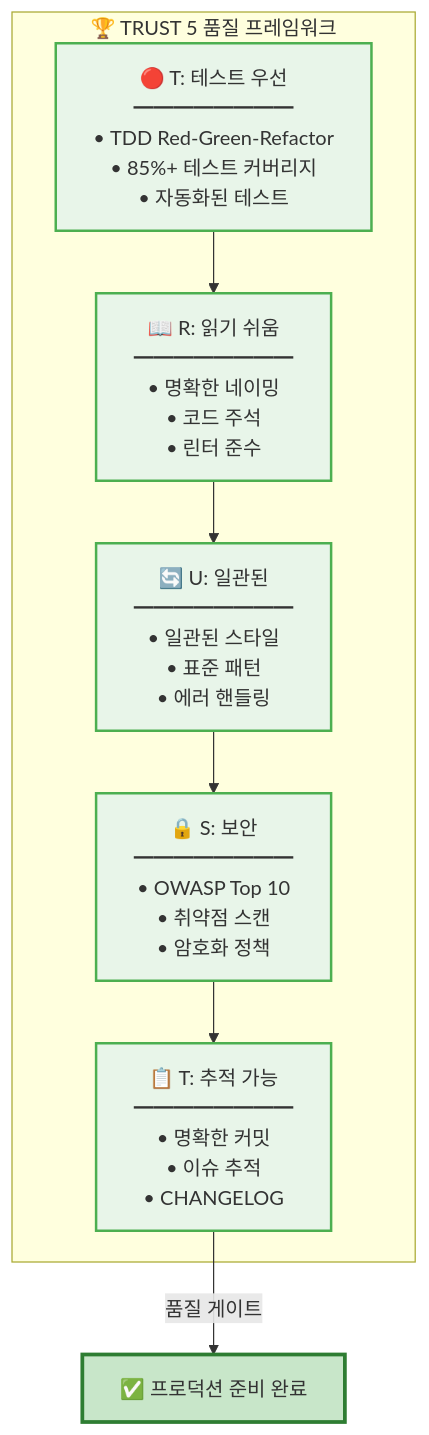
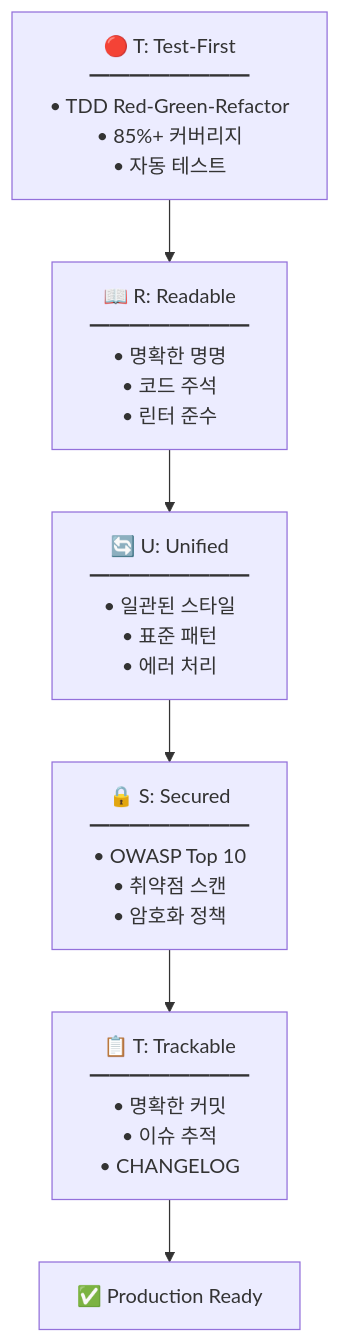
One commit to modu-ai/moai-adk changed the diagram in README.ko.md. Above: the diagram before and after it, drawn with Mermaid. The commit also changed other lines of this file and 57 other files, not shown here.

````diff
--- a/README.ko.md
+++ b/README.ko.md
@@ -2254,22 +659,10 @@
 ```mermaid
 graph TD
-    subgraph TRUST5["🏆 TRUST 5 품질 프레임워크"]
-        T1["🔴 T: 테스트 우선<br/>━━━━━━━━<br/>• TDD Red-Green-Refactor<br/>• 85%+ 테스트 커버리지<br/>• 자동화된 테스트"]
-        R["📖 R: 읽기 쉬움<br/>━━━━━━━━<br/>• 명확한 네이밍<br/>• 코드 주석<br/>• 린터 준수"]
-        U["🔄 U: 일관된<br/>━━━━━━━━<br/>• 일관된 스타일<br/>• 표준 패턴<br/>• 에러 핸들링"]
-        S["🔒 S: 보안<br/>━━━━━━━━<br/>• OWASP Top 10<br/>• 취약점 스캔<br/>• 암호화 정책"]
-        T2["📋 T: 추적 가능<br/>━━━━━━━━<br/>• 명확한 커밋<br/>• 이슈 추적<br/>• CHANGELOG"]
-    end
+    T1["🔴 T: Test-First<br/>━━━━━━━━<br/>• TDD Red-Green-Refactor<br/>• 85%+ 커버리지<br/>• 자동 테스트"]
+    R["📖 R: Readable<br/>━━━━━━━━<br/>• 명확한 명명<br/>• 코드 주석<br/>• 린터 준수"]
+    U["🔄 U: Unified<br/>━━━━━━━━<br/>• 일관된 스타일<br/>• 표준 패턴<br/>• 에러 처리"]
+    S["🔒 S: Secured<br/>━━━━━━━━<br/>• OWASP Top 10<br/>• 취약점 스캔<br/>• 암호화 정책"]
+    T2["📋 T: Trackable<br/>━━━━━━━━<br/>• 명확한 커밋<br/>• 이슈 추적<br/>• CHANGELOG"]
 
-    T1 --> R
-    R --> U
-    U --> S
-    S --> T2
-    T2 -->|품질 게이트| Deploy["✅ 프로덕션 준비 완료"]
-
-    classDef trustStyle fill:#e8f5e9,stroke:#4caf50,stroke-width:2px
-    classDef deployStyle fill:#c8e6c9,stroke:#2e7d32,stroke-width:3px
-
-    class T1,R,U,S,T2 trustStyle
-    class Deploy deployStyle
+    T1 --> R --> U --> S --> T2 --> Deploy["✅ Production Ready"]
 ```
````
